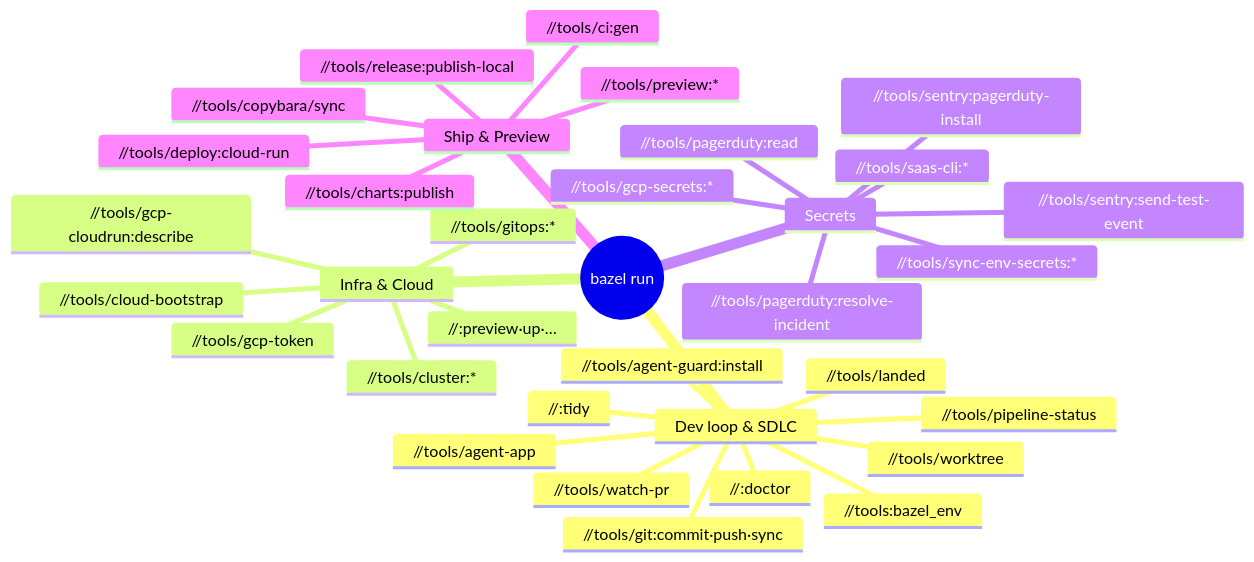
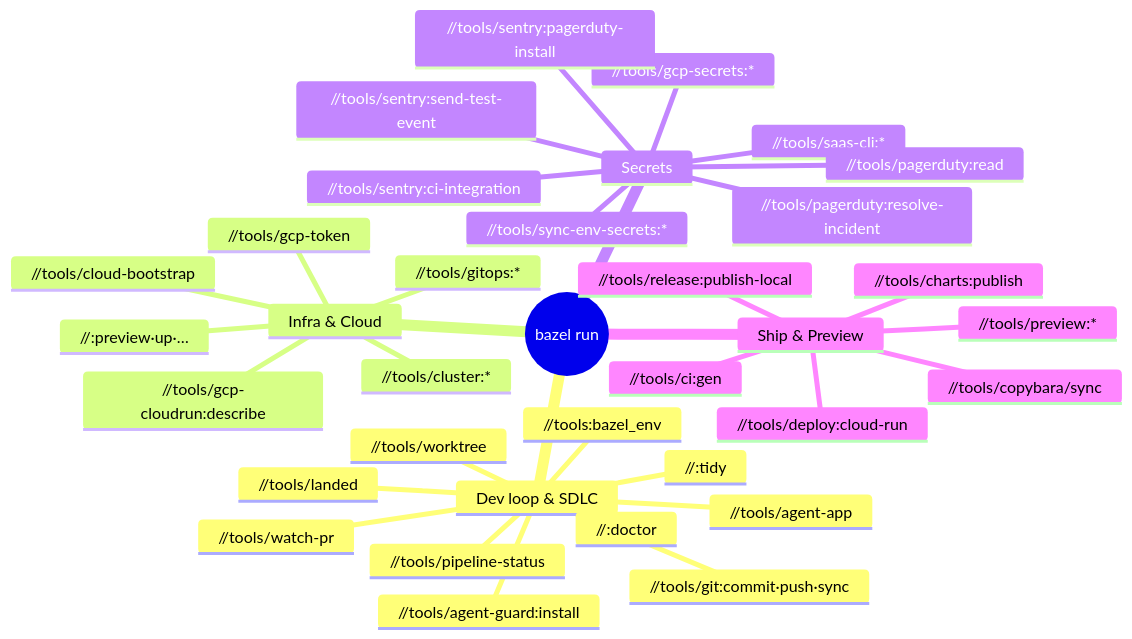
One commit to VitruvianSoftware/vitruvian-core changed the diagram in docs/reference/bazel-targets.md. Above: the diagram before and after it, drawn with Mermaid. The commit also changed other lines of this file and 8 other files, not shown here.

First line of the commit message:
feat(sentry): manage a least-privilege CI integration for the Sentry stacks (#5207)

````diff
--- a/docs/reference/bazel-targets.md
+++ b/docs/reference/bazel-targets.md
@@ -11,37 +11,38 @@
 ```mermaid
 mindmap
   root((bazel run))
     Dev loop & SDLC
       //:doctor
       //tools/worktree
       //tools/git:commit·push·sync
       //tools/agent-guard:install
       //tools/agent-app
       //tools/watch-pr
       //tools/landed
       //tools/pipeline-status
       //:tidy
       //tools:bazel_env
     Infra & Cloud
       //<pulumi project>:preview·up·…
       //tools/gcp-token
       //tools/gcp-cloudrun:describe
       //tools/cloud-bootstrap
       //tools/gitops:*
       //tools/cluster:*
     Secrets
       //tools/gcp-secrets:*
       //tools/sync-env-secrets:*
       //tools/saas-cli:*
+      //tools/sentry:ci-integration
       //tools/sentry:pagerduty-install
       //tools/sentry:send-test-event
       //tools/pagerduty:read
       //tools/pagerduty:resolve-incident
     Ship & Preview
       //tools/ci:gen
       //tools/deploy:cloud-run
       //tools/preview:*
       //tools/charts:publish
       //tools/release:publish-local
       //tools/copybara/sync
 ```
````
